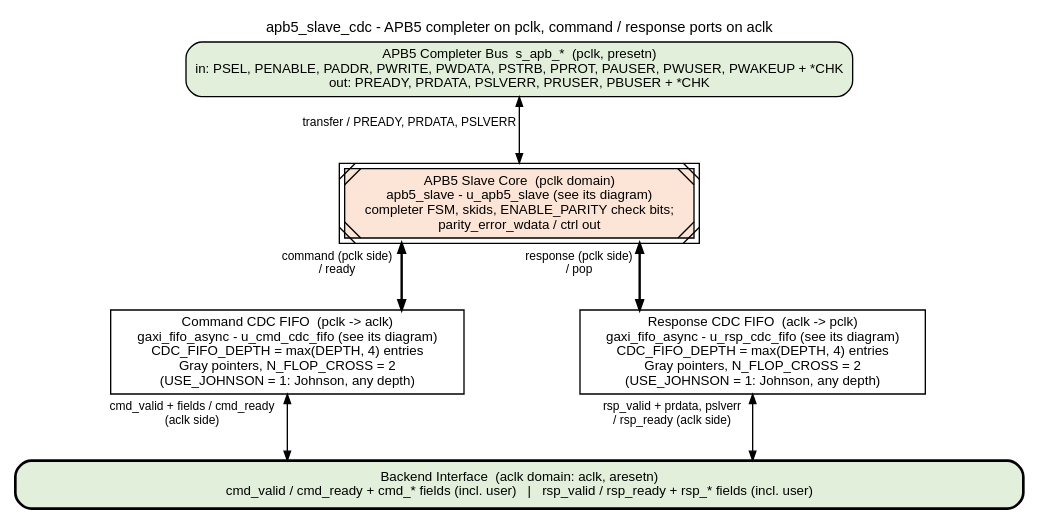
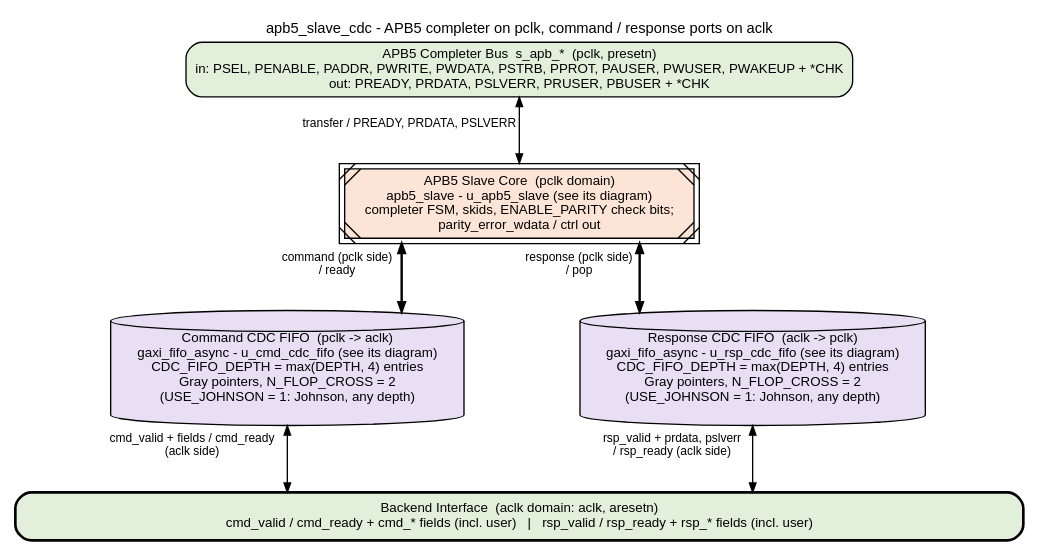
The diagram in docs/markdown/assets/rtl-amba/graphviz/apb5_slave_cdc.dot (sean-galloway/RTLDesignSherpa), drawn with Graphviz before and after one commit. The commit also changed 31 other files, not shown here.

First line of the commit message:
docs(handbook, amba): a FIFO or skid child instance is a Storage cylinder; 15 rtl-amba diagrams swept

```diff
--- a/docs/markdown/assets/rtl-amba/graphviz/apb5_slave_cdc.dot
+++ b/docs/markdown/assets/rtl-amba/graphviz/apb5_slave_cdc.dot
@@ -1,37 +1,37 @@
 // apb5_slave_cdc block diagram - house style (vault/handbook/authoring/block-diagrams.md),
 // CDC mapping per the rtl-cdc set, stacked vertically: pclk above, aclk below,
 // each domain named in its block label (a dashed region here only collided
 // with the crossing labels). Each crossing is a
 // gaxi_fifo_async child box (it has its own diagram) that straddles the
 // boundary. The command drops down the left lane (pclk -> aclk); the
 // response climbs the right lane (aclk -> pclk).
 // Source of truth: rtl/amba/apb5/apb5_slave_cdc.sv.
 digraph apb5_slave_cdc {
     graph [rankdir=TB, bgcolor="white", fontname="Helvetica", fontsize=11,
            nodesep="0.40", ranksep="0.70", splines=ortho, newrank=true,
            label="apb5_slave_cdc - APB5 completer on pclk, command / response ports on aclk",
            labelloc=t, labeljust=c];
     node  [fontname="Helvetica", fontsize=10, shape=box, style=filled,
            fillcolor="white", color="black", margin="0.12,0.06"];
     edge  [fontname="Helvetica", fontsize=9, color="black", arrowsize=0.7];
 
     bus [label="APB5 Completer Bus  s_apb_*  (pclk, presetn)\nin: PSEL, PENABLE, PADDR, PWRITE, PWDATA, PSTRB, PPROT, PAUSER, PWUSER, PWAKEUP + *CHK\nout: PREADY, PRDATA, PSLVERR, PRUSER, PBUSER + *CHK",
          fillcolor="white", style="rounded,filled", fillcolor="#E2EFDA"];
 
     core [label="APB5 Slave Core  (pclk domain)\napb5_slave - u_apb5_slave (see its diagram)\ncompleter FSM, skids, ENABLE_PARITY check bits;\nparity_error_wdata / ctrl out", peripheries=2, style="filled,diagonals", fillcolor="#FCE4D6"];
 
-    cmdf [label="Command CDC FIFO  (pclk -> aclk)\ngaxi_fifo_async - u_cmd_cdc_fifo (see its diagram)\nCDC_FIFO_DEPTH = max(DEPTH, 4) entries\nGray pointers, N_FLOP_CROSS = 2\n(USE_JOHNSON = 1: Johnson, any depth)", style="filled", fillcolor="white"];
-    rspf [label="Response CDC FIFO  (aclk -> pclk)\ngaxi_fifo_async - u_rsp_cdc_fifo (see its diagram)\nCDC_FIFO_DEPTH = max(DEPTH, 4) entries\nGray pointers, N_FLOP_CROSS = 2\n(USE_JOHNSON = 1: Johnson, any depth)", style="filled", fillcolor="white"];
+    cmdf [label="Command CDC FIFO  (pclk -> aclk)\ngaxi_fifo_async - u_cmd_cdc_fifo (see its diagram)\nCDC_FIFO_DEPTH = max(DEPTH, 4) entries\nGray pointers, N_FLOP_CROSS = 2\n(USE_JOHNSON = 1: Johnson, any depth)", shape=cylinder, style="filled", fillcolor="#E8DFF5"];
+    rspf [label="Response CDC FIFO  (aclk -> pclk)\ngaxi_fifo_async - u_rsp_cdc_fifo (see its diagram)\nCDC_FIFO_DEPTH = max(DEPTH, 4) entries\nGray pointers, N_FLOP_CROSS = 2\n(USE_JOHNSON = 1: Johnson, any depth)", shape=cylinder, style="filled", fillcolor="#E8DFF5"];
 
     be [label="Backend Interface  (aclk domain: aclk, aresetn)\ncmd_valid / cmd_ready + cmd_* fields (incl. user)   |   rsp_valid / rsp_ready + rsp_* fields (incl. user)",
         fillcolor="white", width=10.5, style="rounded,filled,bold", fillcolor="#E2EFDA"];
 
     bus -> core [dir=both, xlabel="transfer / PREADY, PRDATA, PSLVERR"];
     core -> cmdf [dir=both, penwidth=1.8, xlabel="command (pclk side)\n/ ready"];
     cmdf -> be [dir=both, xlabel="cmd_valid + fields / cmd_ready\n(aclk side)"];
     rspf -> be [dir=both, xlabel="rsp_valid + prdata, pslverr\n/ rsp_ready (aclk side)"];
     core -> rspf [dir=both, penwidth=1.8, xlabel="response (pclk side)\n/ pop"];
 
     { rank=same; cmdf; rspf; }
     cmdf -> rspf [style=invis, minlen=3];
 }
```
